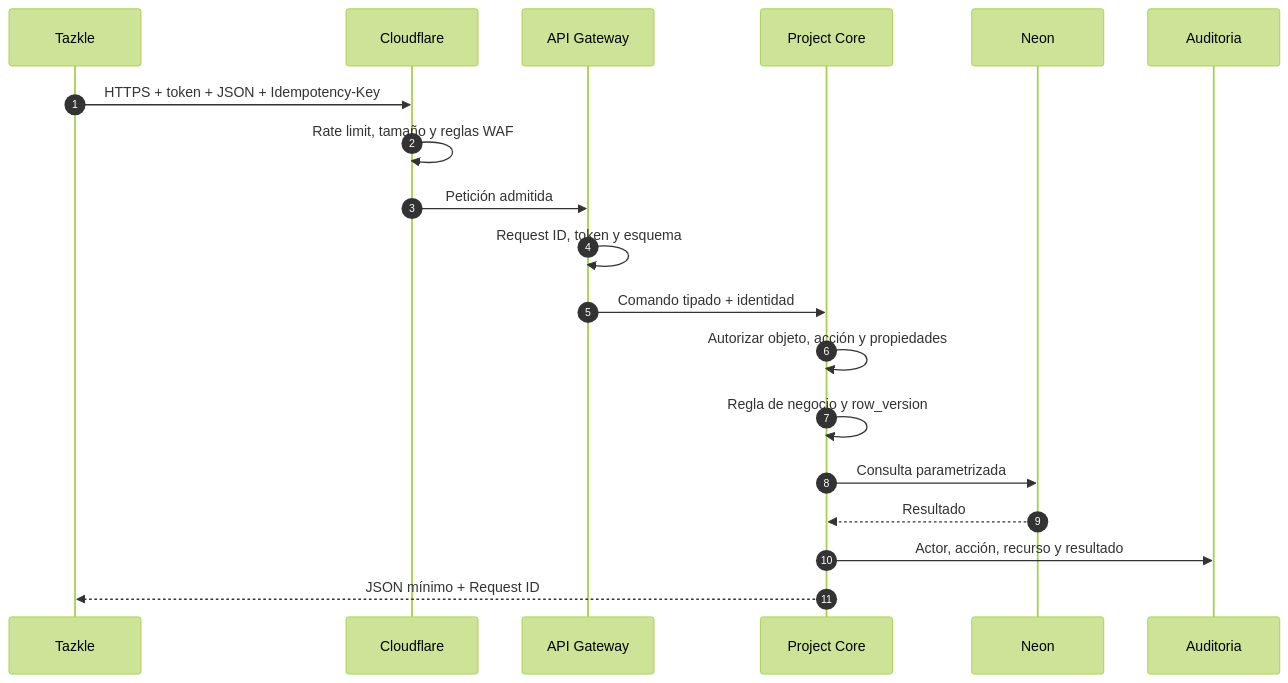
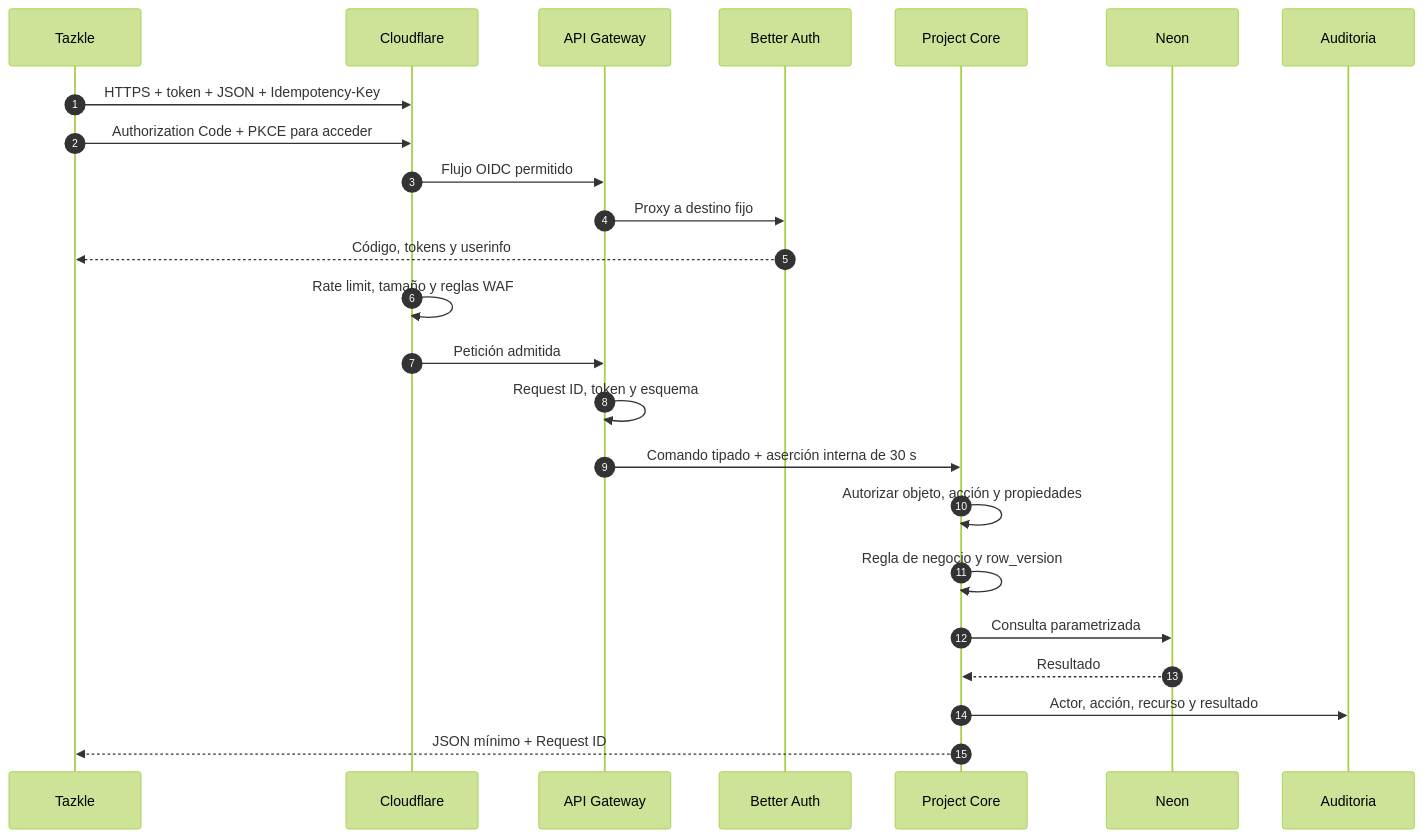
Before and after one commit to DARONcin/tazkle: the diagram in docs/security/request-security.md, drawn with Mermaid (forest theme). The commit also changed other lines of this file and 160 other files, not shown here.

````diff
--- a/docs/security/request-security.md
+++ b/docs/security/request-security.md
@@ -5,22 +5,27 @@
 ```mermaid
 sequenceDiagram
     autonumber
     participant App as Tazkle
     participant Edge as Cloudflare
     participant Gateway as API Gateway
+    participant Identity as Better Auth
     participant Core as Project Core
     participant DB as Neon
     participant Audit as Auditoria
 
     App->>Edge: HTTPS + token + JSON + Idempotency-Key
+    App->>Edge: Authorization Code + PKCE para acceder
+    Edge->>Gateway: Flujo OIDC permitido
+    Gateway->>Identity: Proxy a destino fijo
+    Identity-->>App: Código, tokens y userinfo
     Edge->>Edge: Rate limit, tamaño y reglas WAF
     Edge->>Gateway: Petición admitida
-    Gateway->>Gateway: Request ID, token y esquema
-    Gateway->>Core: Comando tipado + identidad
+Gateway->>Gateway: Request ID, token y esquema
+    Gateway->>Core: Comando tipado + aserción interna de 30 s
     Core->>Core: Autorizar objeto, acción y propiedades
     Core->>Core: Regla de negocio y row_version
     Core->>DB: Consulta parametrizada
     DB-->>Core: Resultado
     Core->>Audit: Actor, acción, recurso y resultado
     Core-->>App: JSON mínimo + Request ID
 ```
````
